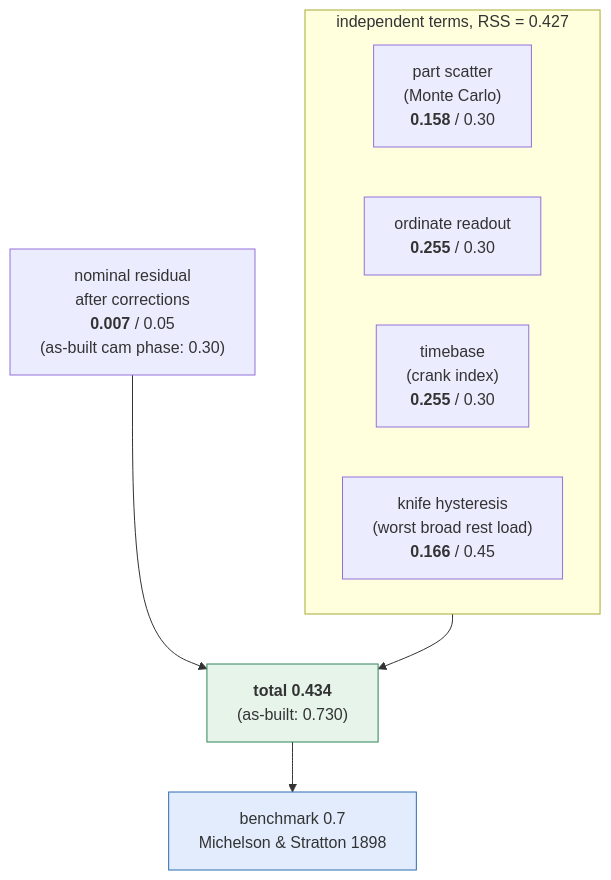
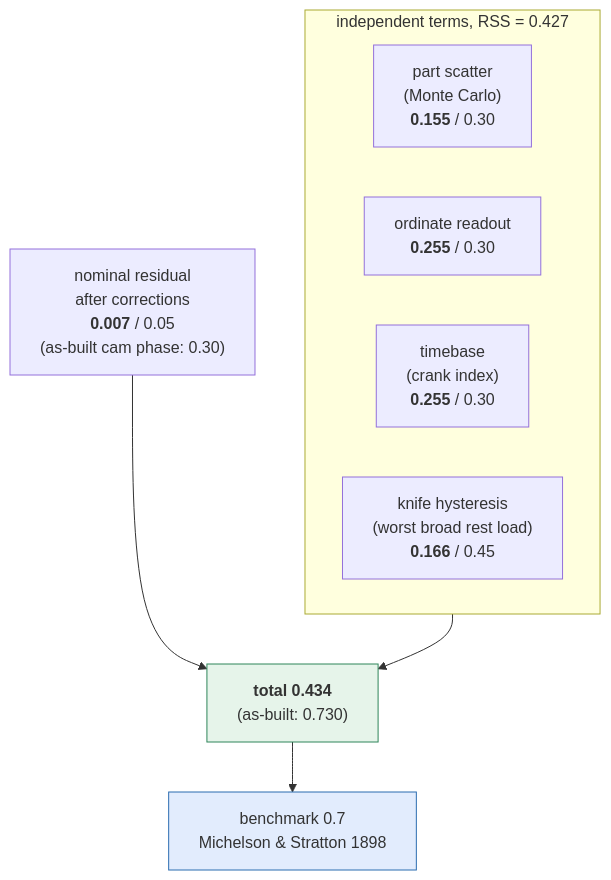
The third of 4 diagrams in cad/docs/tolerance-policy.md (pedropaulovc/harmonic-analyzer), drawn with Mermaid before and after one commit. The commit also changed other lines of this file and 8 other files, not shown here.

````diff
--- a/cad/docs/tolerance-policy.md
+++ b/cad/docs/tolerance-policy.md
@@ -386,16 +386,16 @@
 ```mermaid
 flowchart TB
     subgraph rss["independent terms, RSS = 0.427"]
         direction LR
-        s["part scatter<br/>(Monte Carlo)<br/><b>0.158</b> / 0.30"]
+        s["part scatter<br/>(Monte Carlo)<br/><b>0.155</b> / 0.30"]
         r["ordinate readout<br/><b>0.255</b> / 0.30"]
         t["timebase<br/>(crank index)<br/><b>0.255</b> / 0.30"]
         k["knife hysteresis<br/>(worst broad rest load)<br/><b>0.166</b> / 0.45"]
     end
     n["nominal residual<br/>after corrections<br/><b>0.007</b> / 0.05<br/>(as-built cam phase: 0.30)"]
     rss --> total["<b>total 0.434</b><br/>(as-built: 0.730)"]
     n --> total
     total --> bench["benchmark 0.7<br/>Michelson & Stratton 1898"]
     style total fill:#e6f4ea,stroke:#2f855a
     style bench fill:#e2ecfd,stroke:#2b6cb0
 ```
````
